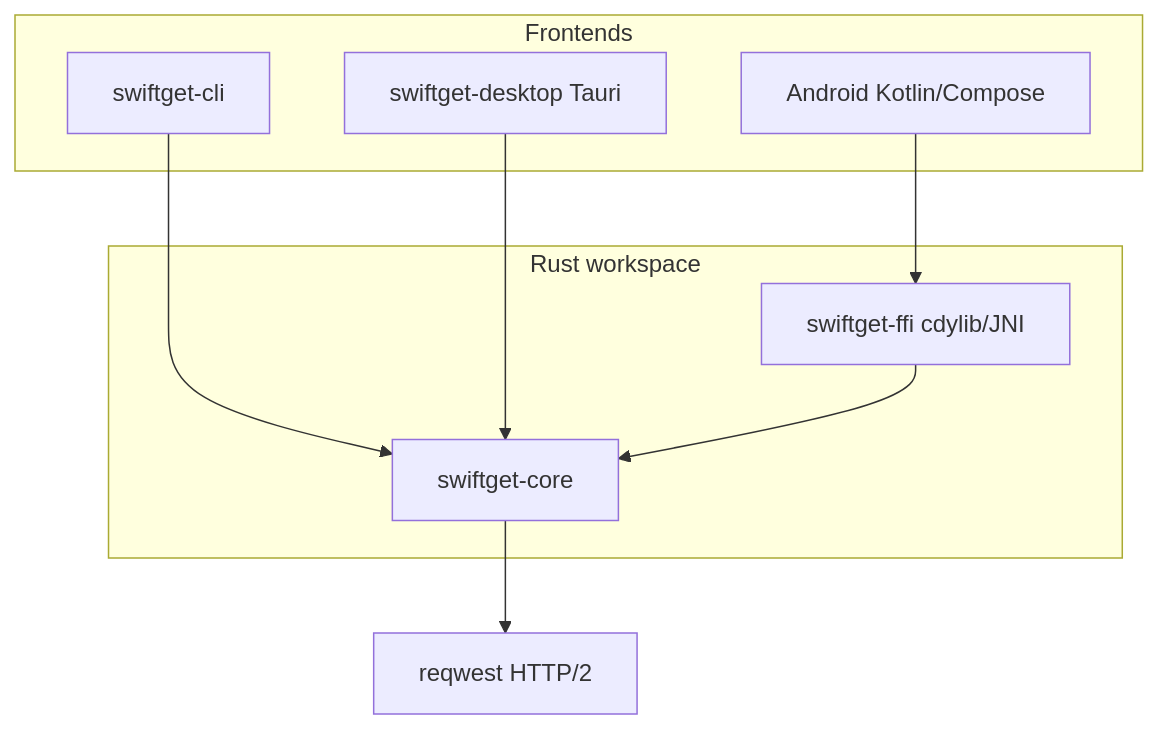
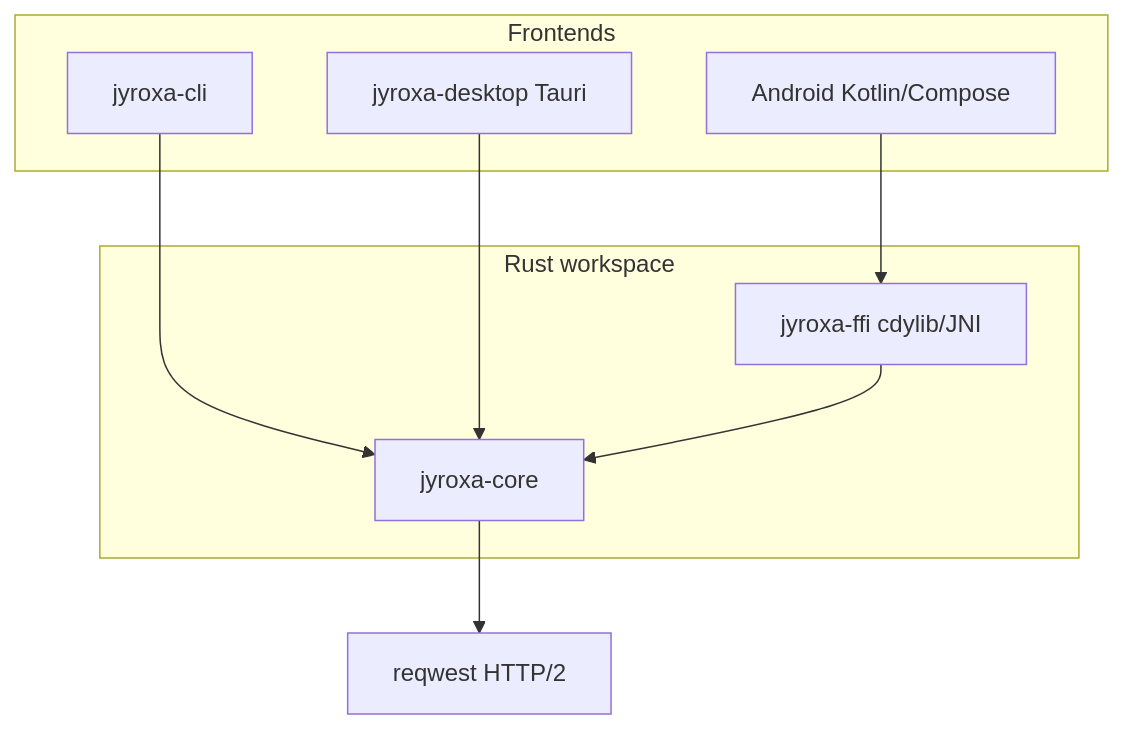
The diagram in README.md (Darkhorse31/Jyroxa), drawn with Mermaid before and after one commit. The commit also changed other lines of this file and 121 other files, not shown here.

````diff
--- a/README.md
+++ b/README.md
@@ -49,16 +49,16 @@
 ```mermaid
 flowchart TB
   subgraph frontends [Frontends]
-    CLI[swiftget-cli]
-    Tauri[swiftget-desktop Tauri]
+    CLI[jyroxa-cli]
+    Tauri[jyroxa-desktop Tauri]
     And[Android Kotlin/Compose]
   end
   subgraph core [Rust workspace]
-    Core[swiftget-core]
-    FFI[swiftget-ffi cdylib/JNI]
+    Core[jyroxa-core]
+    FFI[jyroxa-ffi cdylib/JNI]
   end
   CLI --> Core
   Tauri --> Core
   And --> FFI --> Core
   Core --> Req[reqwest HTTP/2]
 ```
````
